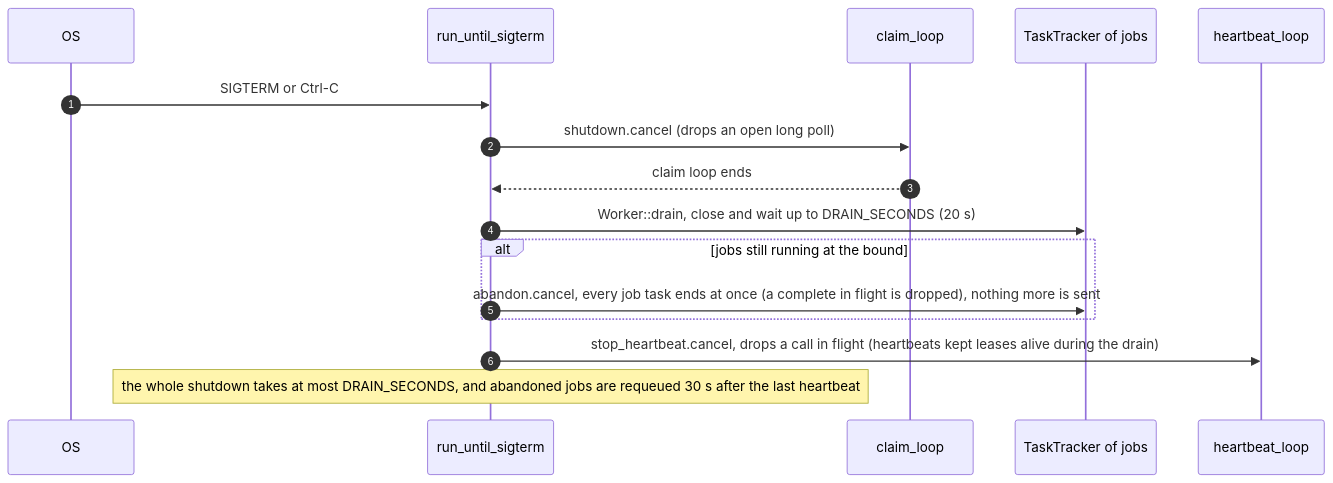
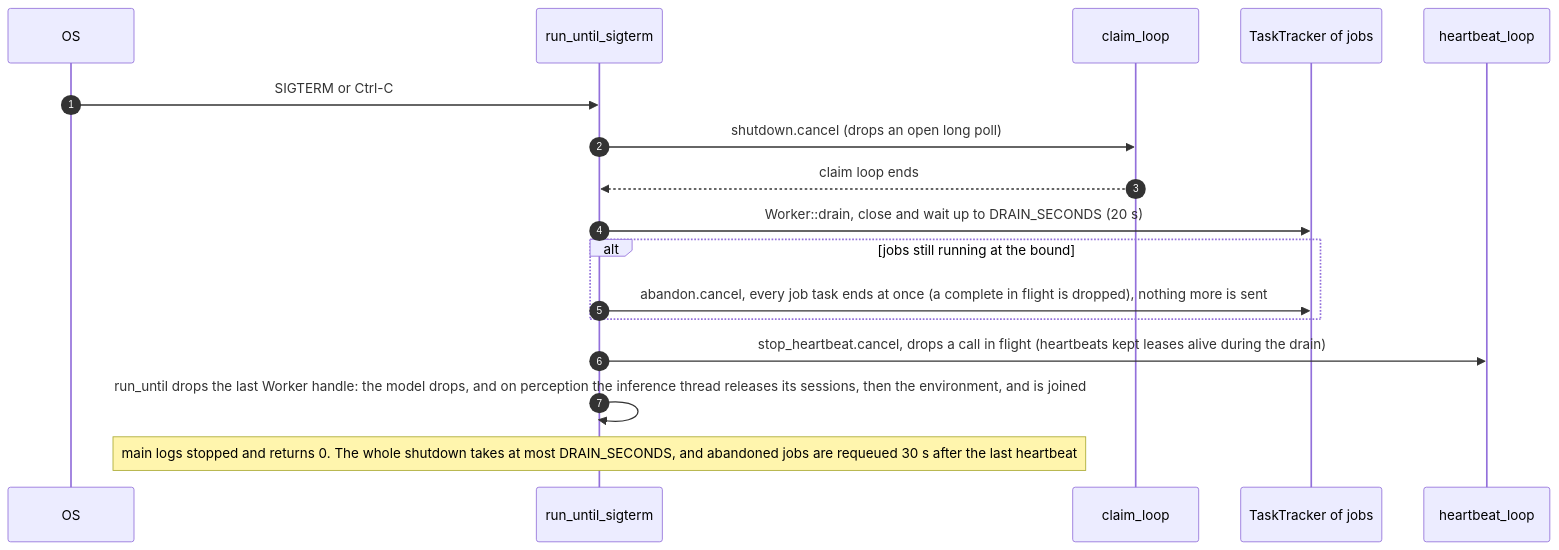
Before and after one commit to aacruzgon/GreenLens: diagram 11 of 34 in docs/backend/flows.md, drawn with Mermaid. The commit also changed other lines of this file and 8 other files, not shown here.

First line of the commit message:
fix(worker): join the inference thread before main returns

````diff
--- a/docs/backend/flows.md
+++ b/docs/backend/flows.md
@@ -635,18 +635,19 @@
 ```mermaid
 sequenceDiagram
     autonumber
     participant OS
     participant Main as run_until_sigterm
     participant CL as claim_loop
     participant Jobs as TaskTracker of jobs
     participant HB as heartbeat_loop
     OS->>Main: SIGTERM or Ctrl-C
     Main->>CL: shutdown.cancel (drops an open long poll)
     CL-->>Main: claim loop ends
     Main->>Jobs: Worker::drain, close and wait up to DRAIN_SECONDS (20 s)
     alt jobs still running at the bound
         Main->>Jobs: abandon.cancel, every job task ends at once (a complete in flight is dropped), nothing more is sent
     end
     Main->>HB: stop_heartbeat.cancel, drops a call in flight (heartbeats kept leases alive during the drain)
-    Note over Main: the whole shutdown takes at most DRAIN_SECONDS, and abandoned jobs are requeued 30 s after the last heartbeat
+    Main->>Main: run_until drops the last Worker handle: the model drops, and on perception the inference thread releases its sessions, then the environment, and is joined
+    Note over Main: main logs stopped and returns 0. The whole shutdown takes at most DRAIN_SECONDS, and abandoned jobs are requeued 30 s after the last heartbeat
 ```
````
